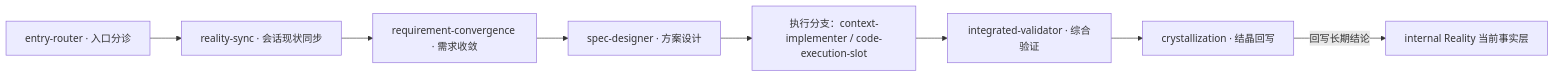
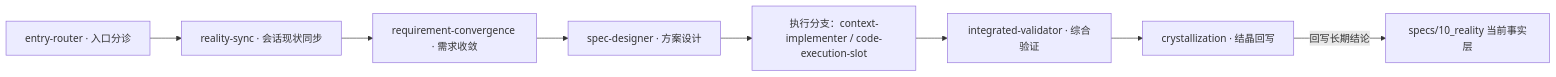
One commit to Idea-Maglev/maglev changed the second of 3 diagrams in docs/wiki/evaluator/architecture-overview.md. Above: the diagram before and after it, drawn with Mermaid. The commit also changed other lines of this file and 94 other files, not shown here.

````diff
--- a/docs/wiki/evaluator/architecture-overview.md
+++ b/docs/wiki/evaluator/architecture-overview.md
@@ -51,10 +51,10 @@
 ```mermaid
 flowchart LR
     ER["entry-router · 入口分诊"] --> RS["reality-sync · 会话现状同步"]
     RS --> RQ["requirement-convergence · 需求收敛"]
     RQ --> SD["spec-designer · 方案设计"]
     SD --> EX["执行分支：context-implementer / code-execution-slot"]
     EX --> IV["integrated-validator · 综合验证"]
     IV --> CRY["crystallization · 结晶回写"]
-    CRY -->|"回写长期结论"| REAL["internal Reality 当前事实层"]
+    CRY -->|"回写长期结论"| REAL["specs/10_reality 当前事实层"]
 ```
````
